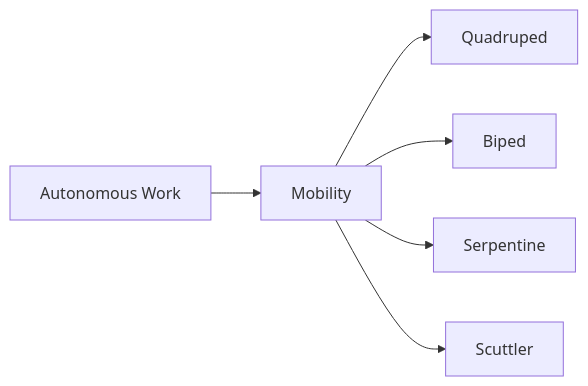
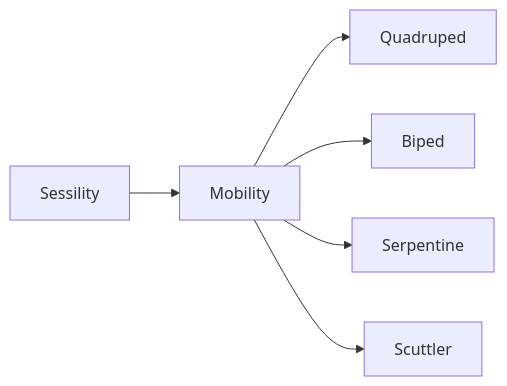
Before and after one commit to RagtimeGal/quartz--encyclopedia-mysenvaria: the second of 3 diagrams in content/Encyclopedia Mysenvaria/Culture/Sciences & Technologies/Scientific Theories & Laws/Evolutionary Classification.md, drawn with Mermaid. The commit also changed other lines of this file and 144 other files, not shown here.

````diff
--- a/content/Encyclopedia Mysenvaria/Culture/Sciences & Technologies/Scientific Theories & Laws/Evolutionary Classification.md
+++ b/content/Encyclopedia Mysenvaria/Culture/Sciences & Technologies/Scientific Theories & Laws/Evolutionary Classification.md
@@ -35,9 +35,9 @@
 ```mermaid
 graph LR
-Taxa[Autonomous Work]
+Taxa[Sessility]
 Taxa-->Taxa2[Mobility]
 Taxa2-->Taxa21[Quadruped]
 Taxa2-->Taxa22[Biped]
 Taxa2-->Taxa23[Serpentine]
 Taxa2-->Taxa24[Scuttler]
 ```
````
